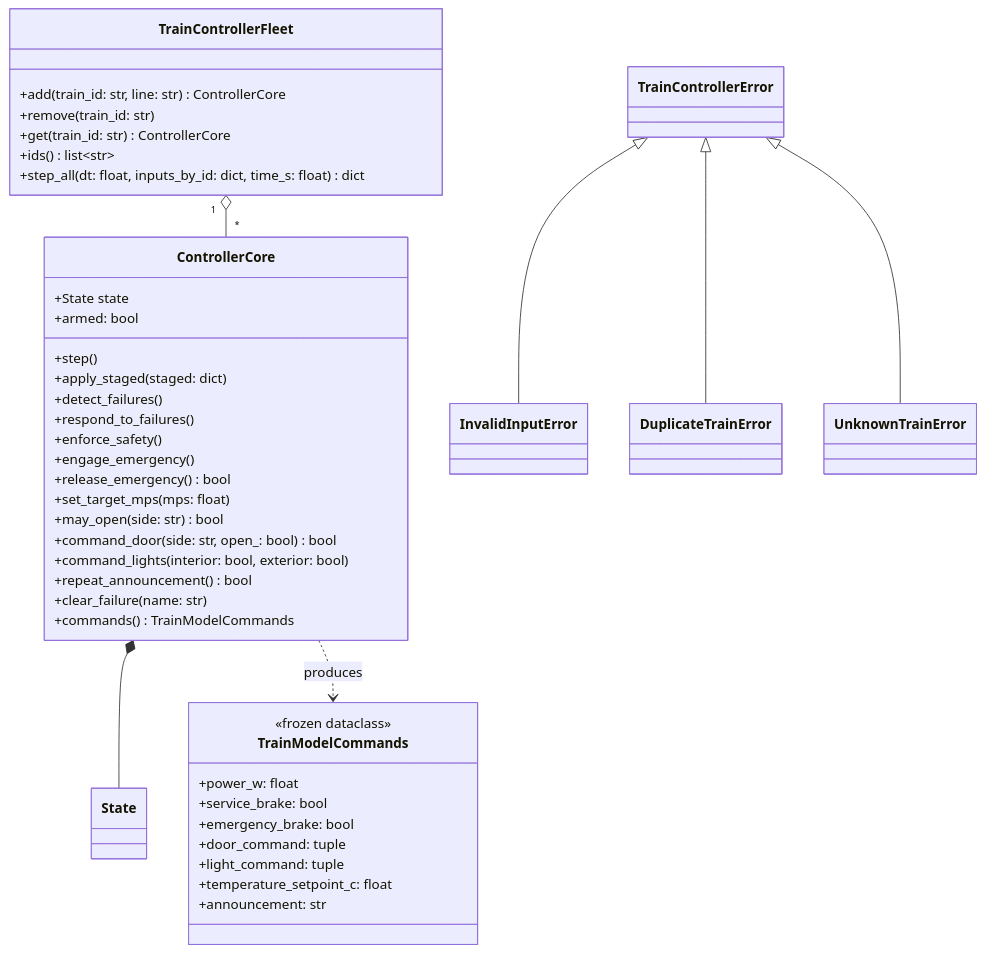
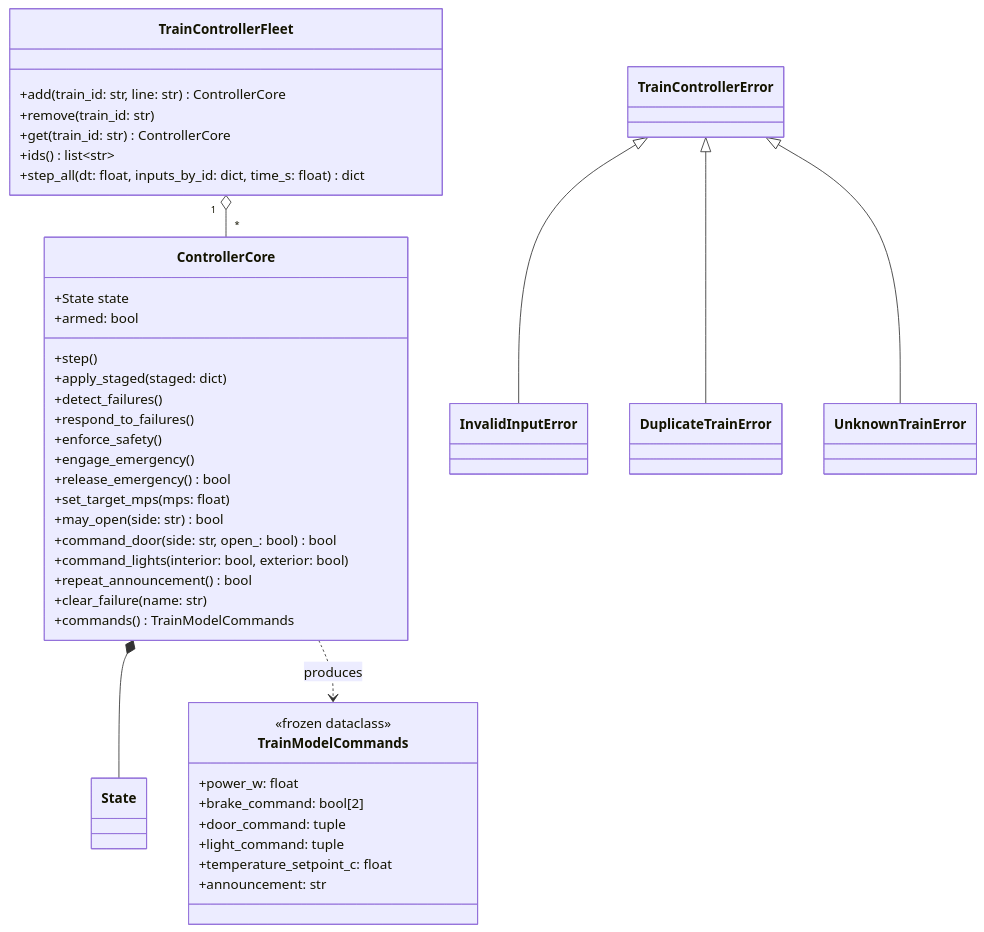
One commit to Landiss04/Track-Overflow changed the third of 11 diagrams in documents/Railway_Sim_SDD_Train_Controller.md. Above: the diagram before and after it, drawn with Mermaid. The commit also changed other lines of this file, not shown here.

````diff
--- a/documents/Railway_Sim_SDD_Train_Controller.md
+++ b/documents/Railway_Sim_SDD_Train_Controller.md
@@ -335,49 +335,48 @@
   ```mermaid
   classDiagram
     class TrainControllerFleet {
       +add(train_id: str, line: str) ControllerCore
       +remove(train_id: str)
       +get(train_id: str) ControllerCore
       +ids() list~str~
       +step_all(dt: float, inputs_by_id: dict, time_s: float) dict
     }
     class ControllerCore {
       +State state
       +armed: bool
       +step()
       +apply_staged(staged: dict)
       +detect_failures()
       +respond_to_failures()
       +enforce_safety()
       +engage_emergency()
       +release_emergency() bool
       +set_target_mps(mps: float)
       +may_open(side: str) bool
       +command_door(side: str, open_: bool) bool
       +command_lights(interior: bool, exterior: bool)
       +repeat_announcement() bool
       +clear_failure(name: str)
       +commands() TrainModelCommands
     }
     class State
     class TrainModelCommands {
       <<frozen dataclass>>
       +power_w: float
-      +service_brake: bool
-      +emergency_brake: bool
+      +brake_command: bool[2]
       +door_command: tuple
       +light_command: tuple
       +temperature_setpoint_c: float
       +announcement: str
     }
     class TrainControllerError
     class InvalidInputError
     class DuplicateTrainError
     class UnknownTrainError
     TrainControllerFleet "1" o-- "*" ControllerCore
     ControllerCore *-- State
     ControllerCore ..> TrainModelCommands : produces
     TrainControllerError <|-- InvalidInputError
     TrainControllerError <|-- DuplicateTrainError
     TrainControllerError <|-- UnknownTrainError
   ```
````
